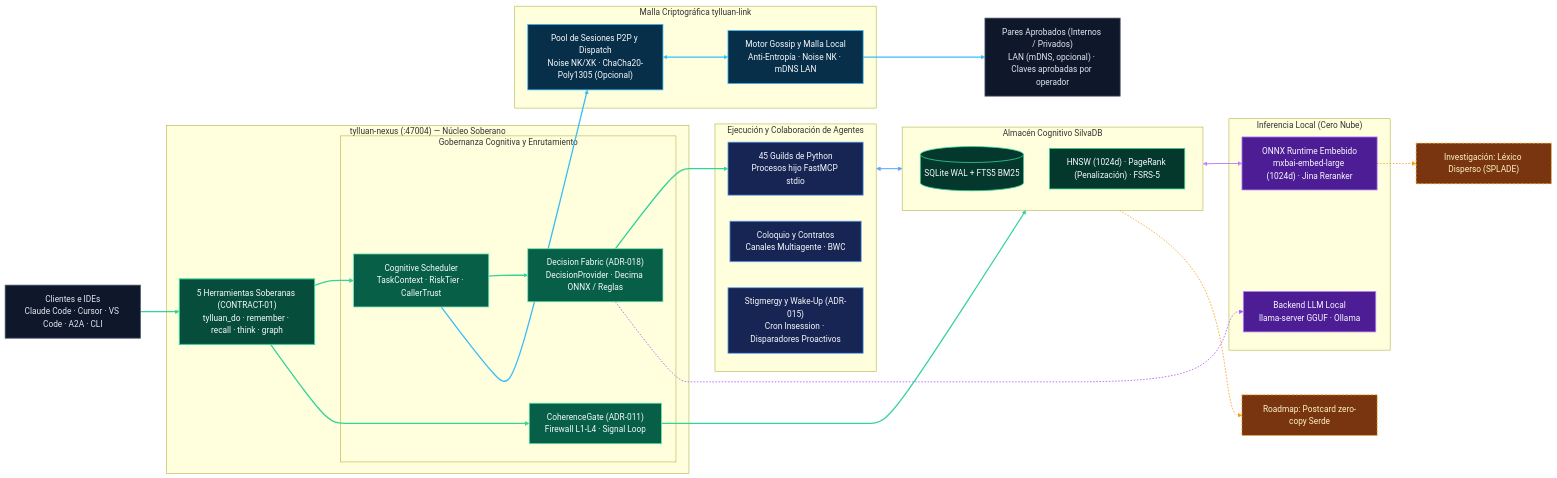
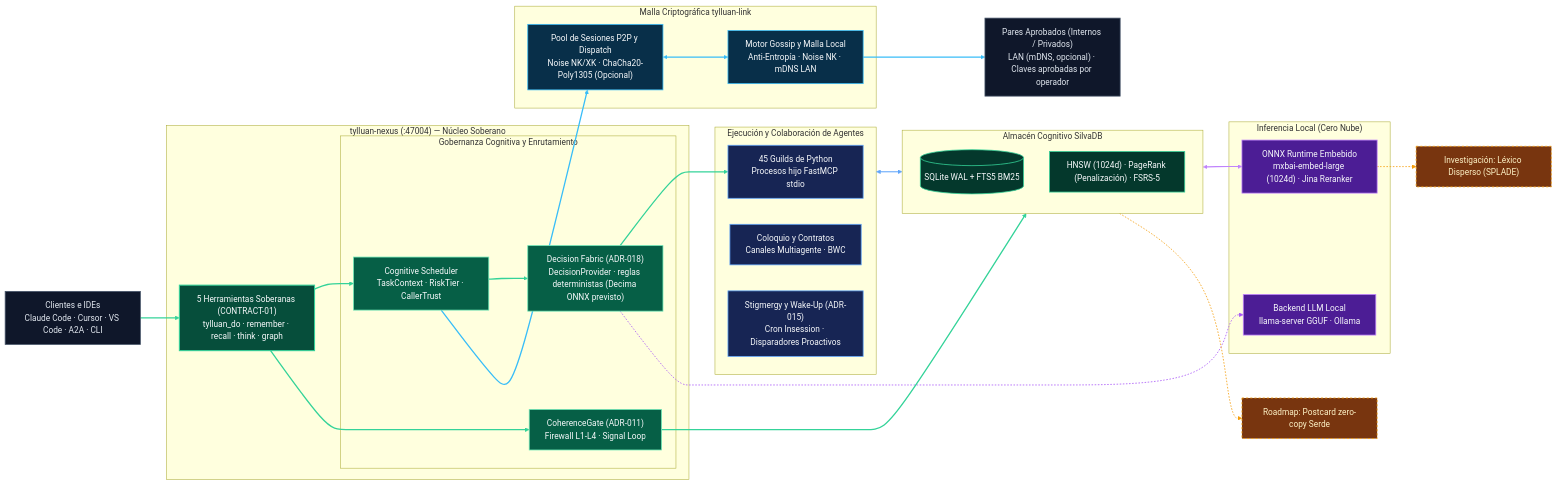
Before and after one commit to Forja-orca/tylluan: the diagram in README.es.md, drawn with Mermaid. The commit also changed other lines of this file and 3 other files, not shown here.

First line of the commit message:
docs: remove unverified claims from the mesh/diagram rewrite; keep the SVG generator in sync

````diff
--- a/README.es.md
+++ b/README.es.md
@@ -345,80 +345,80 @@
 ```mermaid
 flowchart LR
   CLIENTS["Clientes e IDEs<br/>Claude Code · Cursor · VS Code · A2A · CLI"]
 
   subgraph SOVEREIGN["tylluan-nexus (:47004) — Núcleo Soberano"]
     TOOLS["5 Herramientas Soberanas (CONTRACT-01)<br/>tylluan_do · remember · recall · think · graph"]
 
     subgraph GOVERN["Gobernanza Cognitiva y Enrutamiento"]
       SCHED["Cognitive Scheduler<br/>TaskContext · RiskTier · CallerTrust"]
-      DECIDER["Decision Fabric (ADR-018)<br/>DecisionProvider · Decima ONNX / Reglas"]
+      DECIDER["Decision Fabric (ADR-018)<br/>DecisionProvider · reglas deterministas (Decima ONNX previsto)"]
       CGATE["CoherenceGate (ADR-011)<br/>Firewall L1-L4 · Signal Loop"]
     end
   end
 
   subgraph MEMORY["Almacén Cognitivo SilvaDB"]
     SILVA[("SQLite WAL + FTS5 BM25")]
     GRAPH["HNSW (1024d) · PageRank (Penalización) · FSRS-5"]
   end
 
   subgraph INFER["Inferencia Local (Cero Nube)"]
     ONNX["ONNX Runtime Embebido<br/>mxbai-embed-large (1024d) · Jina Reranker"]
     LLAMA["Backend LLM Local<br/>llama-server GGUF · Ollama"]
   end
 
   subgraph EXEC["Ejecución y Colaboración de Agentes"]
     GUILDS["45 Guilds de Python<br/>Procesos hijo FastMCP stdio"]
     COLOQUIO["Coloquio y Contratos<br/>Canales Multiagente · BWC"]
     WAKE["Stigmergy y Wake-Up (ADR-015)<br/>Cron Insession · Disparadores Proactivos"]
   end
 
   subgraph MESH["Malla Criptográfica tylluan-link"]
     P2P["Pool de Sesiones P2P y Dispatch<br/>Noise NK/XK · ChaCha20-Poly1305 (Opcional)"]
     GOSSIP["Motor Gossip y Malla Local<br/>Anti-Entropía · Noise NK · mDNS LAN"]
   end
 
   PEERS["Pares Aprobados (Internos / Privados)<br/>LAN (mDNS, opcional) · Claves aprobadas por operador"]
 
   SPARSE["Investigación: Léxico Disperso (SPLADE)"]:::future
   POSTCARD["Roadmap: Postcard zero-copy Serde"]:::future
 
   CLIENTS ==> TOOLS
   TOOLS ==> SCHED
   SCHED ==> DECIDER
   DECIDER ==> GUILDS
   TOOLS ==> CGATE
   CGATE ==> MEMORY
   MEMORY <==> ONNX
   EXEC <==> MEMORY
   DECIDER -.-> LLAMA
   SCHED ==> P2P
   P2P <==> GOSSIP
   GOSSIP ==> PEERS
 
   ONNX -.-> SPARSE
   MEMORY -.-> POSTCARD
 
   classDef sovStyle fill:#064e3b,stroke:#34d399,color:#f8fafc,stroke-width:2px;
   classDef govStyle fill:#065f46,stroke:#6ee7b7,color:#f8fafc,stroke-width:1.5px;
   classDef memStyle fill:#04382c,stroke:#34d399,color:#f8fafc,stroke-width:1.5px;
   classDef execStyle fill:#172554,stroke:#60a5fa,color:#f8fafc,stroke-width:1.5px;
   classDef inferStyle fill:#4c1d95,stroke:#c084fc,color:#f8fafc,stroke-width:1.5px;
   classDef meshStyle fill:#082f49,stroke:#38bdf8,color:#f8fafc,stroke-width:1.5px;
   classDef extStyle fill:#0f172a,stroke:#475569,color:#e2e8f0,stroke-width:1.5px;
   classDef future fill:#78350f,stroke:#f59e0b,stroke-width:1.5px,stroke-dasharray:4 4,color:#fef3c7;
 
   class CLIENTS,PEERS extStyle;
   class TOOLS sovStyle;
   class SCHED,DECIDER,CGATE govStyle;
   class SILVA,GRAPH memStyle;
   class GUILDS,COLOQUIO,WAKE execStyle;
   class ONNX,LLAMA inferStyle;
   class P2P,GOSSIP meshStyle;
 
   linkStyle 0,1,2,3,4,5 stroke:#34d399,stroke-width:2.5px;
   linkStyle 6 stroke:#c084fc,stroke-width:2px;
   linkStyle 7 stroke:#60a5fa,stroke-width:2px;
   linkStyle 8 stroke:#a855f7,stroke-width:1.5px,stroke-dasharray:3 3;
   linkStyle 9,10,11 stroke:#38bdf8,stroke-width:2.5px;
   linkStyle 12,13 stroke:#f59e0b,stroke-width:1.5px,stroke-dasharray:3 3;
 ```
````
